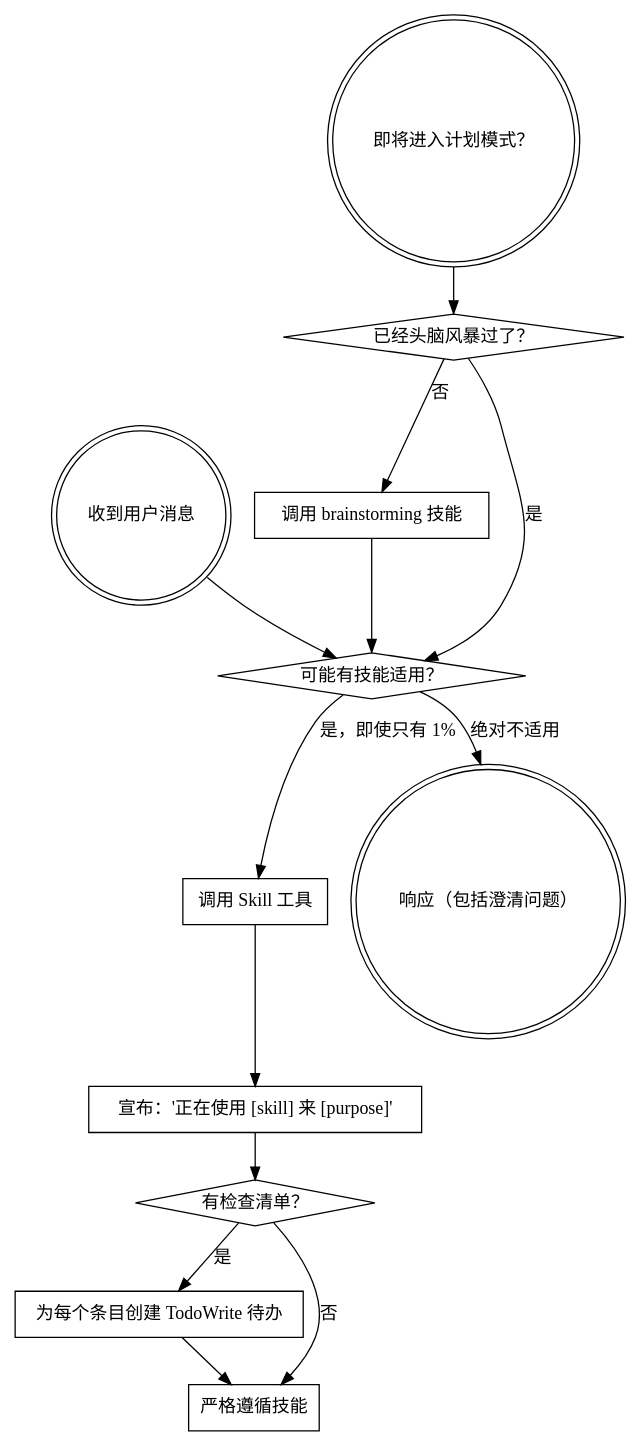
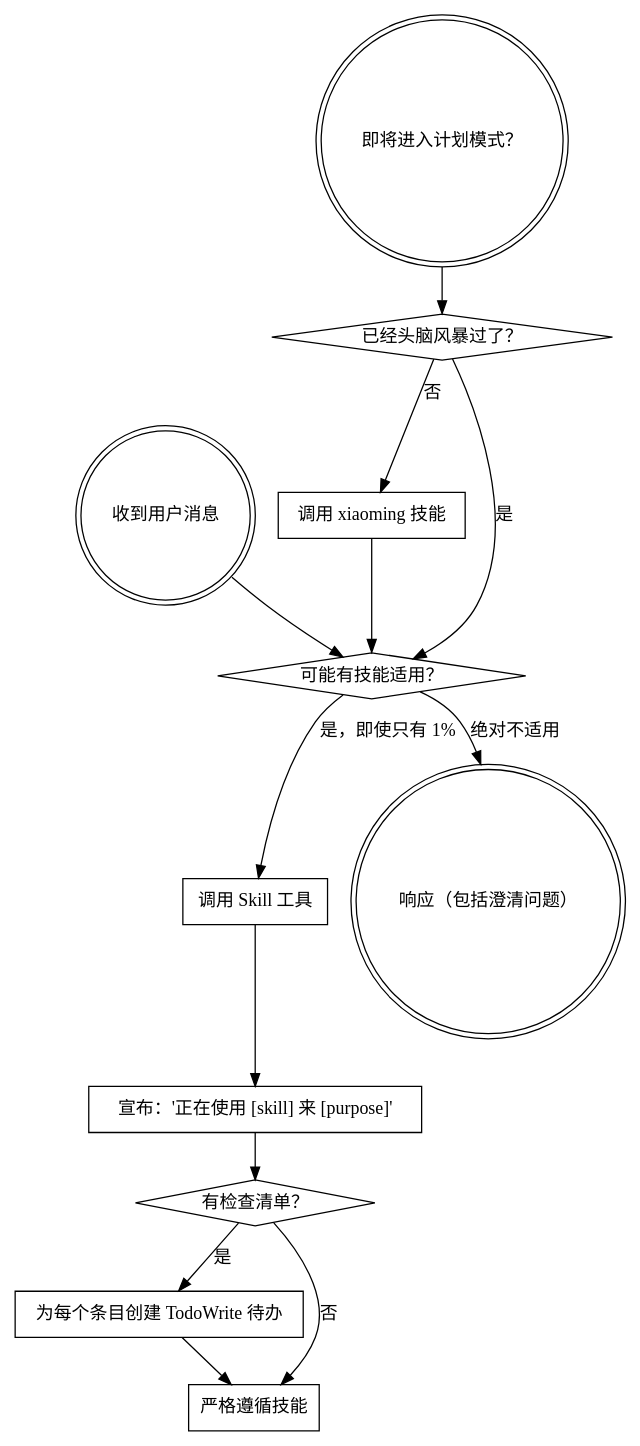
One commit to hj1003862396/xiaoming changed the diagram in skills/using-xiaoming-bootstrap/SKILL.md. Above: the diagram before and after it, drawn with Graphviz. The commit also changed other lines of this file and 16 other files, not shown here.

````diff
--- a/skills/using-xiaoming-bootstrap/SKILL.md
+++ b/skills/using-xiaoming-bootstrap/SKILL.md
@@ -48,29 +48,29 @@
 ```dot
 digraph skill_flow {
     "收到用户消息" [shape=doublecircle];
     "即将进入计划模式？" [shape=doublecircle];
     "已经头脑风暴过了？" [shape=diamond];
-    "调用 brainstorming 技能" [shape=box];
+    "调用 xiaoming 技能" [shape=box];
     "可能有技能适用？" [shape=diamond];
     "调用 Skill 工具" [shape=box];
     "宣布：'正在使用 [skill] 来 [purpose]'" [shape=box];
     "有检查清单？" [shape=diamond];
     "为每个条目创建 TodoWrite 待办" [shape=box];
     "严格遵循技能" [shape=box];
     "响应（包括澄清问题）" [shape=doublecircle];
 
     "即将进入计划模式？" -> "已经头脑风暴过了？";
-    "已经头脑风暴过了？" -> "调用 brainstorming 技能" [label="否"];
+    "已经头脑风暴过了？" -> "调用 xiaoming 技能" [label="否"];
     "已经头脑风暴过了？" -> "可能有技能适用？" [label="是"];
-    "调用 brainstorming 技能" -> "可能有技能适用？";
+    "调用 xiaoming 技能" -> "可能有技能适用？";
 
     "收到用户消息" -> "可能有技能适用？";
     "可能有技能适用？" -> "调用 Skill 工具" [label="是，即使只有 1%"];
     "可能有技能适用？" -> "响应（包括澄清问题）" [label="绝对不适用"];
     "调用 Skill 工具" -> "宣布：'正在使用 [skill] 来 [purpose]'";
     "宣布：'正在使用 [skill] 来 [purpose]'" -> "有检查清单？";
     "有检查清单？" -> "为每个条目创建 TodoWrite 待办" [label="是"];
     "有检查清单？" -> "严格遵循技能" [label="否"];
     "为每个条目创建 TodoWrite 待办" -> "严格遵循技能";
 }
 ```
````
